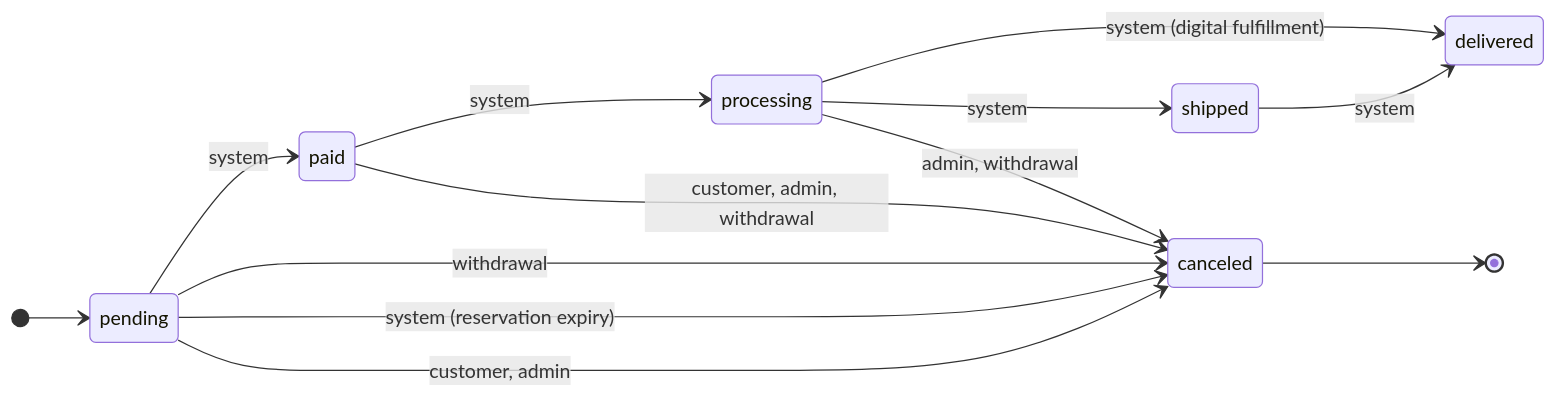
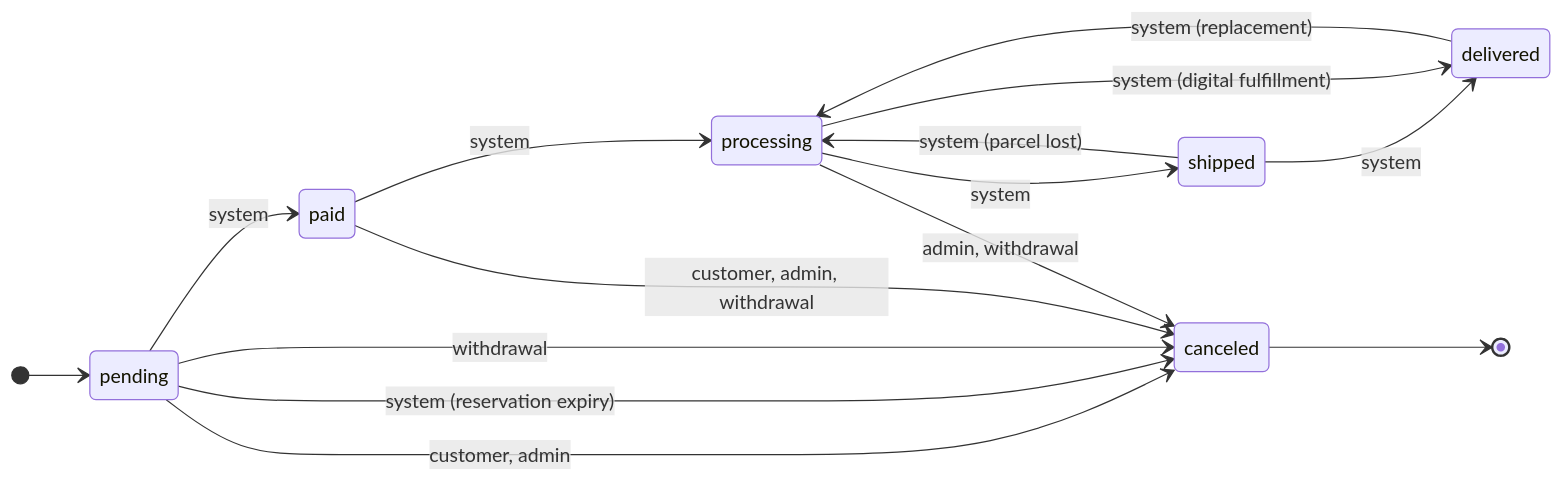
Before and after one commit to Guebbit/boilerplate-node-backend: the first of 5 diagrams in docs/understand/tactical-ddd-order-lifecycle.md, drawn with Mermaid. The commit also changed 6 other files, not shown here.

````diff
--- a/docs/understand/tactical-ddd-order-lifecycle.md
+++ b/docs/understand/tactical-ddd-order-lifecycle.md
@@ -32,17 +32,19 @@
 ```mermaid
 %%{init: {'stateDiagram': {'nodeSpacing': 40}}}%%
 stateDiagram-v2
     direction LR
     [*] --> pending
     pending --> paid: system
     pending --> canceled: customer, admin
     pending --> canceled: system (reservation expiry)
     pending --> canceled: withdrawal
     paid --> processing: system
     paid --> canceled: customer, admin, withdrawal
     processing --> shipped: system
     processing --> canceled: admin, withdrawal
     shipped --> delivered: system
     processing --> delivered: system (digital fulfillment)
+    shipped --> processing: system (parcel lost)
+    delivered --> processing: system (replacement)
     canceled --> [*]
 ```
````
